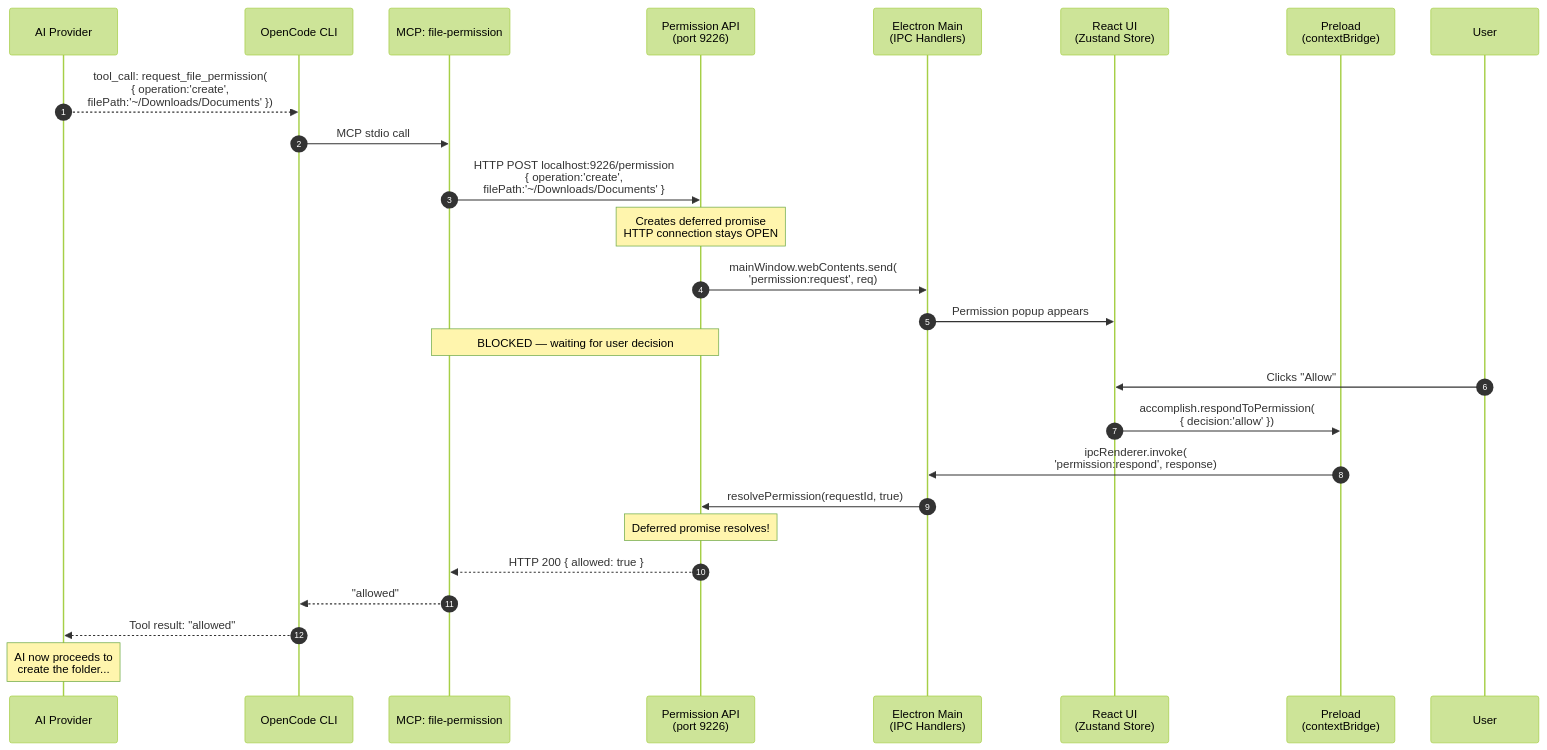
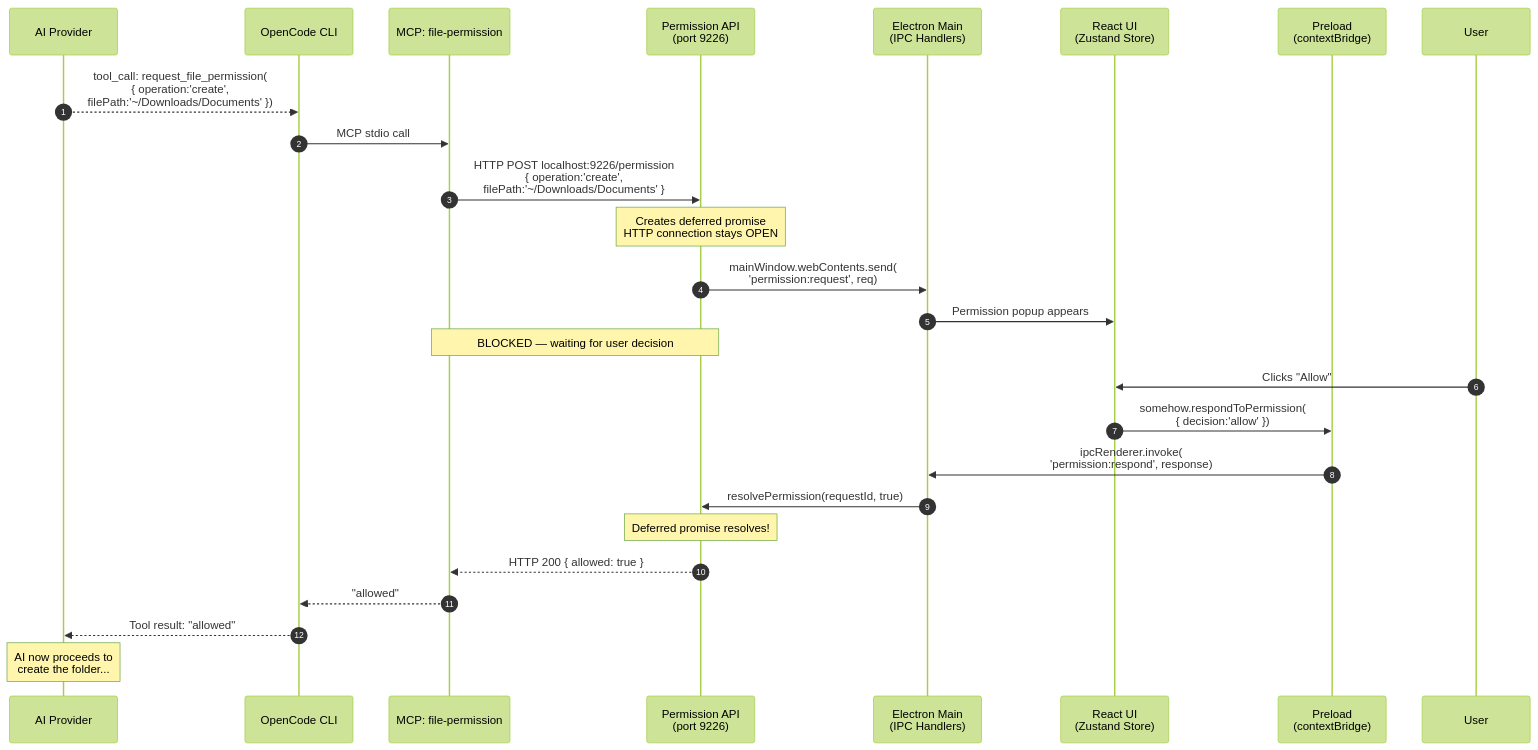
Before and after one commit to its-harshit/openplish: the fifth of 8 diagrams in docs/task-flow-phases.md, drawn with Mermaid (forest theme). The commit also changed other lines of this file and 148 other files, not shown here.

````diff
--- a/docs/task-flow-phases.md
+++ b/docs/task-flow-phases.md
@@ -162,36 +162,36 @@
 ```mermaid
 sequenceDiagram
     autonumber
     participant AI as AI Provider
     participant CLI as OpenCode CLI
     participant MCP_FP as MCP: file-permission
     participant PermAPI as Permission API<br/>(port 9226)
     participant IPC as Electron Main<br/>(IPC Handlers)
     participant React as React UI<br/>(Zustand Store)
     participant Preload as Preload<br/>(contextBridge)
     participant User
 
     AI-->>CLI: tool_call: request_file_permission(<br/>{ operation:'create',<br/>filePath:'~/Downloads/Documents' })
     CLI->>MCP_FP: MCP stdio call
     MCP_FP->>PermAPI: HTTP POST localhost:9226/permission<br/>{ operation:'create',<br/>filePath:'~/Downloads/Documents' }
 
     Note over PermAPI: Creates deferred promise<br/>HTTP connection stays OPEN
 
     PermAPI->>IPC: mainWindow.webContents.send(<br/>'permission:request', req)
     IPC->>React: Permission popup appears
 
     Note over MCP_FP, PermAPI: BLOCKED — waiting for user decision
 
     User->>React: Clicks "Allow"
-    React->>Preload: accomplish.respondToPermission(<br/>{ decision:'allow' })
+    React->>Preload: somehow.respondToPermission(<br/>{ decision:'allow' })
     Preload->>IPC: ipcRenderer.invoke(<br/>'permission:respond', response)
     IPC->>PermAPI: resolvePermission(requestId, true)
 
     Note over PermAPI: Deferred promise resolves!
 
     PermAPI-->>MCP_FP: HTTP 200 { allowed: true }
     MCP_FP-->>CLI: "allowed"
     CLI-->>AI: Tool result: "allowed"
 
     Note over AI: AI now proceeds to<br/>create the folder...
 ```
````
